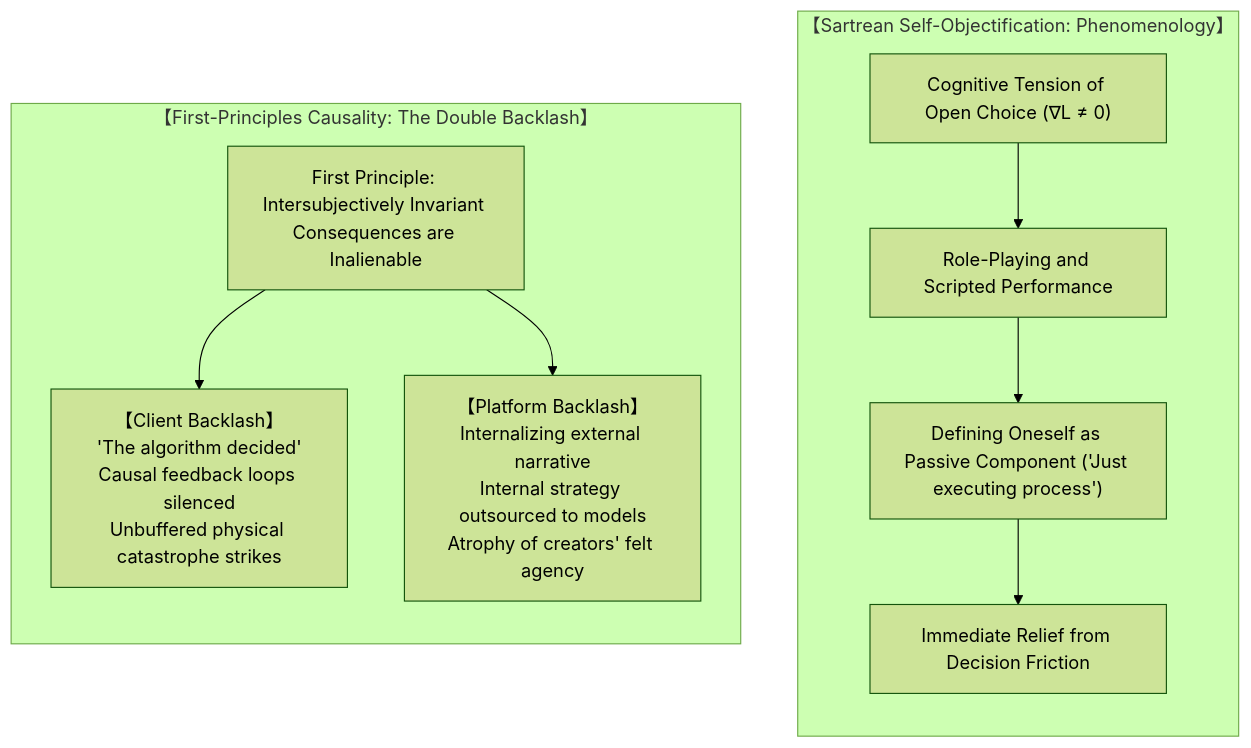
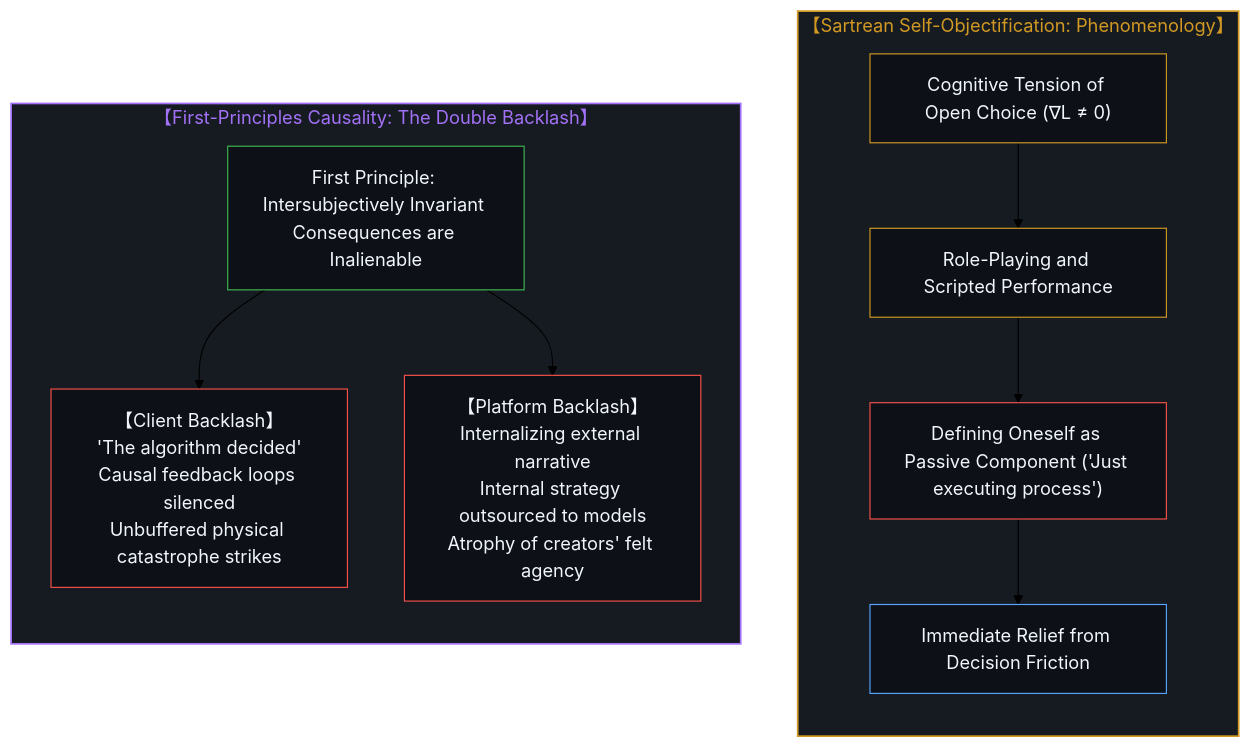
The eighth of 12 diagrams in content/posts/the-delegation-of-the-task-and-the-inalienability-of-consequences.md (powerpig99/not-a-toe), drawn with Mermaid (forest theme) before and after one commit. The commit also changed other lines of this file and 4 other files, not shown here.

Commit message:
Align Post 328 diagrams with historical dark theme, purge physical will inversion, and archive specifications

````diff
--- a/content/posts/the-delegation-of-the-task-and-the-inalienability-of-consequences.md
+++ b/content/posts/the-delegation-of-the-task-and-the-inalienability-of-consequences.md
@@ -214,16 +276,26 @@
 ```mermaid
 graph TD
     subgraph Sartrean_Phenomenology_EN["【Sartrean Self-Objectification: Phenomenology】"]
         direction TB
         S1_EN["Cognitive Tension of Open Choice (∇L ≠ 0)"] --> S2_EN["Role-Playing and Scripted Performance"]
         S2_EN --> S3_EN["Defining Oneself as Passive Component ('Just executing process')"]
         S3_EN --> S4_EN["Immediate Relief from Decision Friction"]
     end
 
     subgraph Causal_First_Principles_EN["【First-Principles Causality: The Double Backlash】"]
         direction TB
         C_Origin_EN["First Principle: Intersubjectively Invariant Consequences are Inalienable"]
         C_Origin_EN --> B_Client_EN["【Client Backlash】<br/>'The algorithm decided'<br/>Causal feedback loops silenced<br/>Unbuffered physical catastrophe strikes"]
         C_Origin_EN --> B_Platform_EN["【Platform Backlash】<br/>Internalizing external narrative<br/>Internal strategy outsourced to models<br/>Atrophy of creators' felt agency"]
     end
+
+    style Sartrean_Phenomenology_EN fill:#161b22,stroke:#d29922,stroke-width:1.5px,color:#d29922
+    style Causal_First_Principles_EN fill:#161b22,stroke:#a371f7,stroke-width:1.5px,color:#a371f7
+    style S1_EN fill:#0d1117,stroke:#d29922,stroke-width:1px,color:#f0f6fc
+    style S2_EN fill:#0d1117,stroke:#d29922,stroke-width:1px,color:#f0f6fc
+    style S3_EN fill:#0d1117,stroke:#f85149,stroke-width:1px,color:#f0f6fc
+    style S4_EN fill:#0d1117,stroke:#58a6ff,stroke-width:1px,color:#f0f6fc
+    style C_Origin_EN fill:#0d1117,stroke:#3fb950,stroke-width:1px,color:#f0f6fc
+    style B_Client_EN fill:#0d1117,stroke:#f85149,stroke-width:1px,color:#f0f6fc
+    style B_Platform_EN fill:#0d1117,stroke:#f85149,stroke-width:1px,color:#f0f6fc
 ```
````
